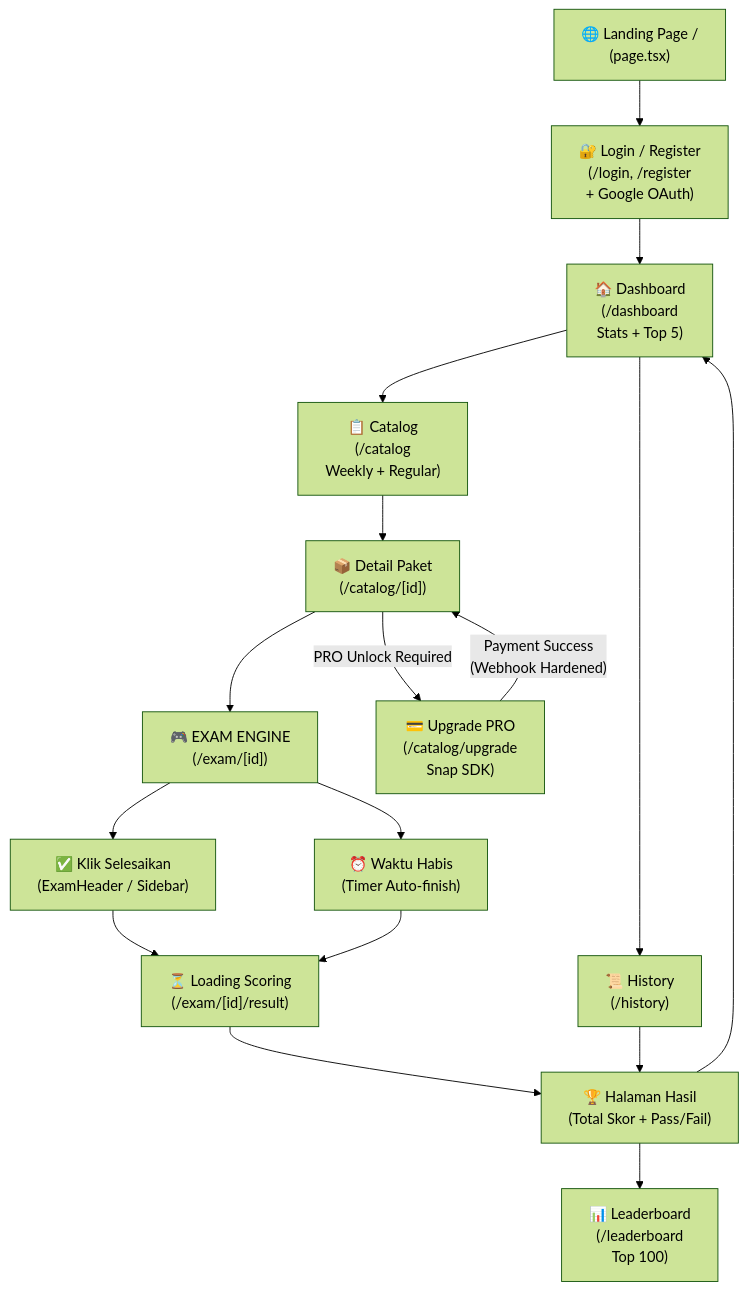
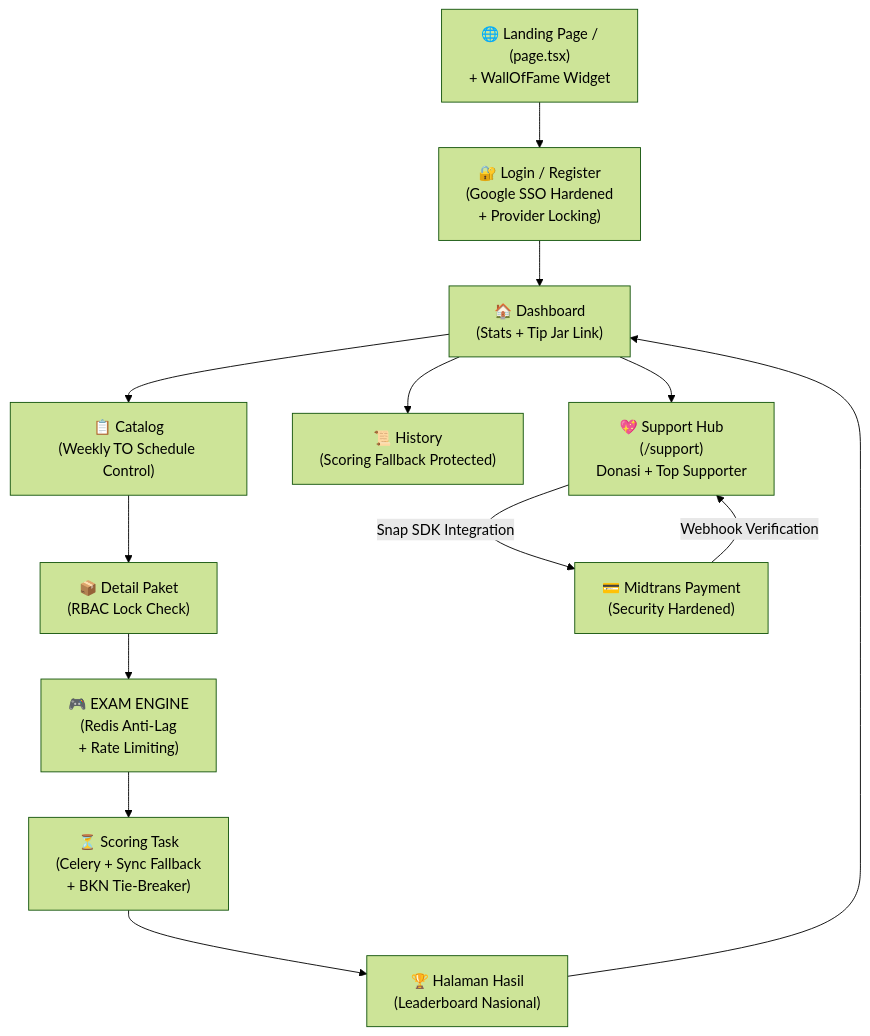
One commit to WillyHanafi1/Test-CPNS changed the diagram in cpns_flow_analysis.md. Above: the diagram before and after it, drawn with Mermaid (forest theme). The commit also changed other lines of this file, not shown here.

Commit message:
Analyze flow and deep review project V3.4

````diff
--- a/cpns_flow_analysis.md
+++ b/cpns_flow_analysis.md
@@ -5,19 +5,15 @@
 ```mermaid
 flowchart TD
-    A["🌐 Landing Page /\n(page.tsx)"] --> B["🔐 Login / Register\n(/login, /register\n+ Google OAuth)"]
-    B --> C["🏠 Dashboard\n(/dashboard\nStats + Top 5)"]
-    C --> D1["📋 Catalog\n(/catalog\nWeekly + Regular)"]
-    C --> D2["📜 History\n(/history)"]
-    D1 --> E["📦 Detail Paket\n(/catalog/[id])"]
-    E --> F["🎮 EXAM ENGINE\n(/exam/[id])"]
-    F --> G1["✅ Klik Selesaikan\n(ExamHeader / Sidebar)"]
-    F --> G2["⏰ Waktu Habis\n(Timer Auto-finish)"]
-    G1 --> H["⏳ Loading Scoring\n(/exam/[id]/result)"]
-    G2 --> H
-    H --> I["🏆 Halaman Hasil\n(Total Skor + Pass/Fail)"]
-    I --> J["📊 Leaderboard\n(/leaderboard\nTop 100)"]
-    I --> C
-    D2 --> I
-    E -- "PRO Unlock Required" --> K["💳 Upgrade PRO\n(/catalog/upgrade\nSnap SDK)"]
-    K -- "Payment Success\n(Webhook Hardened)" --> E
+    A["🌐 Landing Page /\n(page.tsx)\n+ WallOfFame Widget"] --> B["🔐 Login / Register\n(Google SSO Hardened\n+ Provider Locking)"]
+    B --> C["🏠 Dashboard\n(Stats + Tip Jar Link)"]
+    C --> D1["📋 Catalog\n(Weekly TO Schedule Control)"]
+    C --> D2["📜 History\n(Scoring Fallback Protected)"]
+    C --> D3["💖 Support Hub\n(/support)\nDonasi + Top Supporter"]
+    D1 --> E["📦 Detail Paket\n(RBAC Lock Check)"]
+    E --> F["🎮 EXAM ENGINE\n(Redis Anti-Lag\n+ Rate Limiting)"]
+    F --> G["⏳ Scoring Task\n(Celery + Sync Fallback\n+ BKN Tie-Breaker)"]
+    G --> H["🏆 Halaman Hasil\n(Leaderboard Nasional)"]
+    H --> C
+    D3 -- "Snap SDK Integration" --> I["💳 Midtrans Payment\n(Security Hardened)"]
+    I -- "Webhook Verification" --> D3
 ```
````
